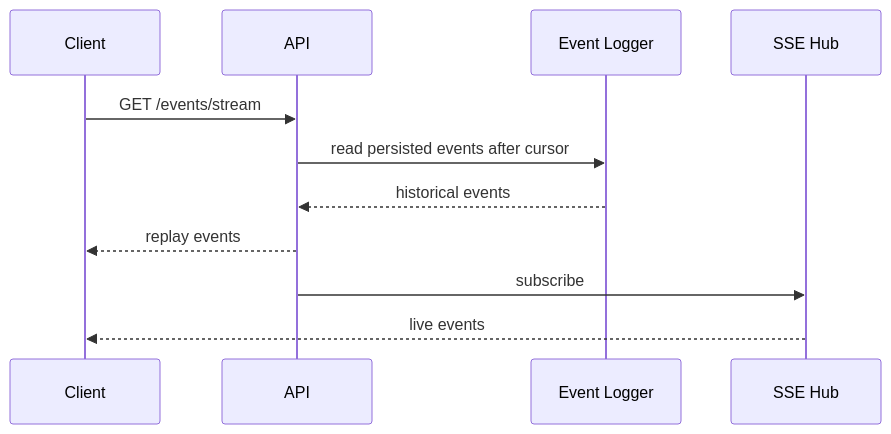
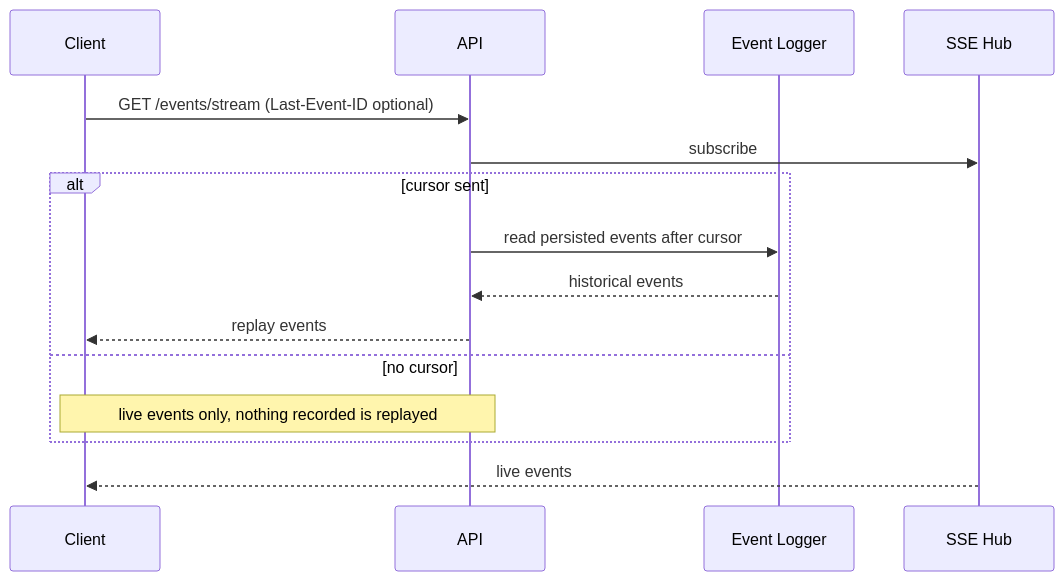
The fifth of 8 diagrams in docs/spec/architecture.md (AllureCurtain/sandbase-harness), drawn with Mermaid before and after one commit. The commit also changed other lines of this file and 19 other files, not shown here.

````diff
--- a/docs/spec/architecture.md
+++ b/docs/spec/architecture.md
@@ -146,14 +146,18 @@
 ```mermaid
 sequenceDiagram
     participant Client
     participant API
     participant Events as Event Logger
     participant Hub as SSE Hub
 
-    Client->>API: GET /events/stream
-    API->>Events: read persisted events after cursor
-    Events-->>API: historical events
-    API-->>Client: replay events
+    Client->>API: GET /events/stream (Last-Event-ID optional)
     API->>Hub: subscribe
+    alt cursor sent
+        API->>Events: read persisted events after cursor
+        Events-->>API: historical events
+        API-->>Client: replay events
+    else no cursor
+        Note over API,Client: live events only, nothing recorded is replayed
+    end
     Hub-->>Client: live events
 ```
````
